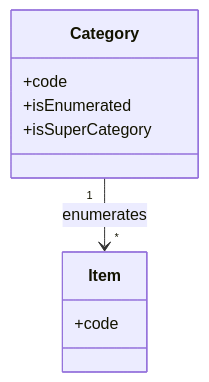
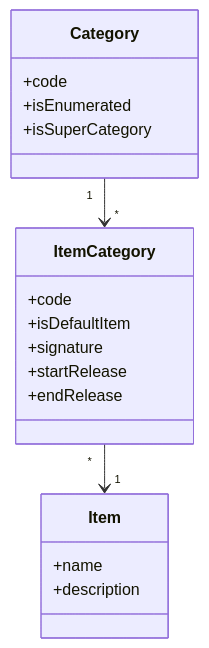
The fifth of 9 diagrams in docs/models-relationships/01_glossary/01_glossary_overview.md (sdmx-twg/wp-sdmx-dpm), drawn with Mermaid before and after one commit. The commit also changed other lines of this file, not shown here.

Commit message:
fix: distinguish Item from ItemCategory in DPM glossary
Addresses #19 — clarify that Item does not carry a code attribute;
the code lives on the ItemCategory association entity, which also
holds isDefaultItem, signature, and release versioning. Updated
the mermaid diagram to show ItemCategory as an explicit association
between Category and Item.

````diff
--- a/docs/models-relationships/01_glossary/01_glossary_overview.md
+++ b/docs/models-relationships/01_glossary/01_glossary_overview.md
@@ -150,12 +153,21 @@
 ```mermaid
 classDiagram
     class Category {
       +code
       +isEnumerated
       +isSuperCategory
     }
     class Item {
+      +name
+      +description
+    }
+    class ItemCategory {
       +code
+      +isDefaultItem
+      +signature
+      +startRelease
+      +endRelease
     }
-    Category "1" --> "*" Item : enumerates
+    Category "1" --> "*" ItemCategory
+    ItemCategory "*" --> "1" Item
 ```
````
